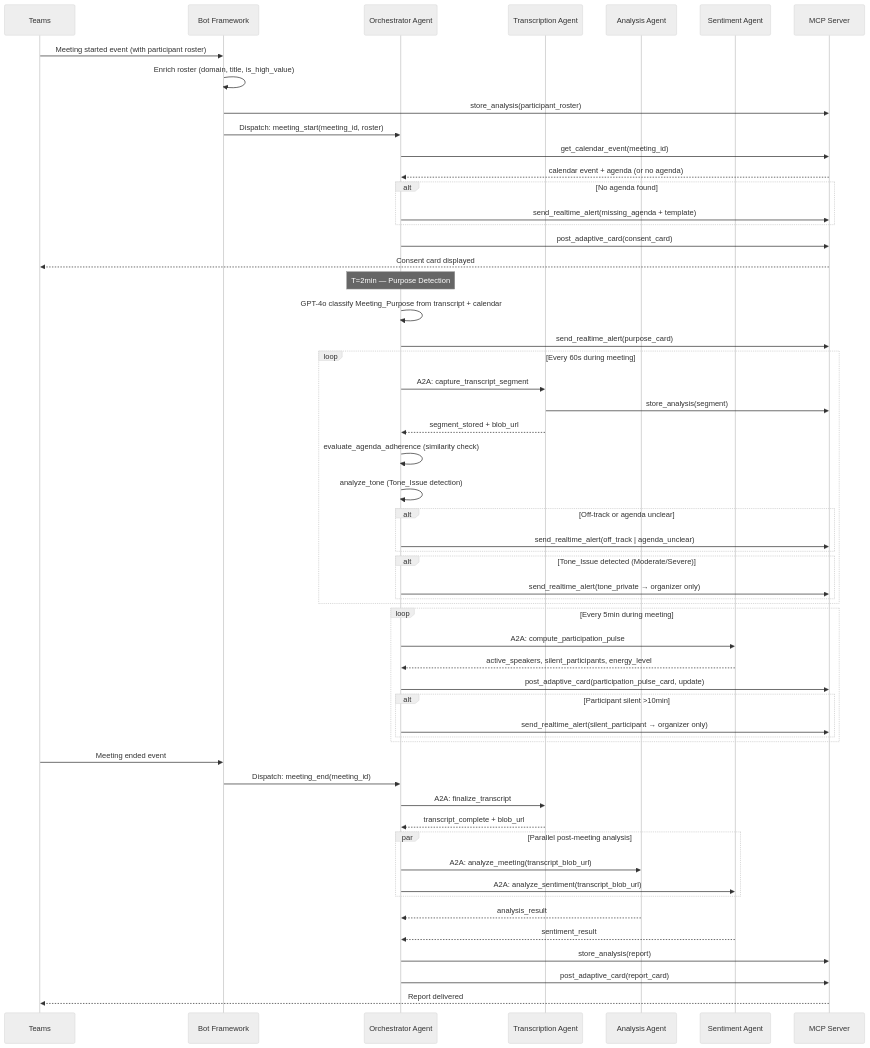
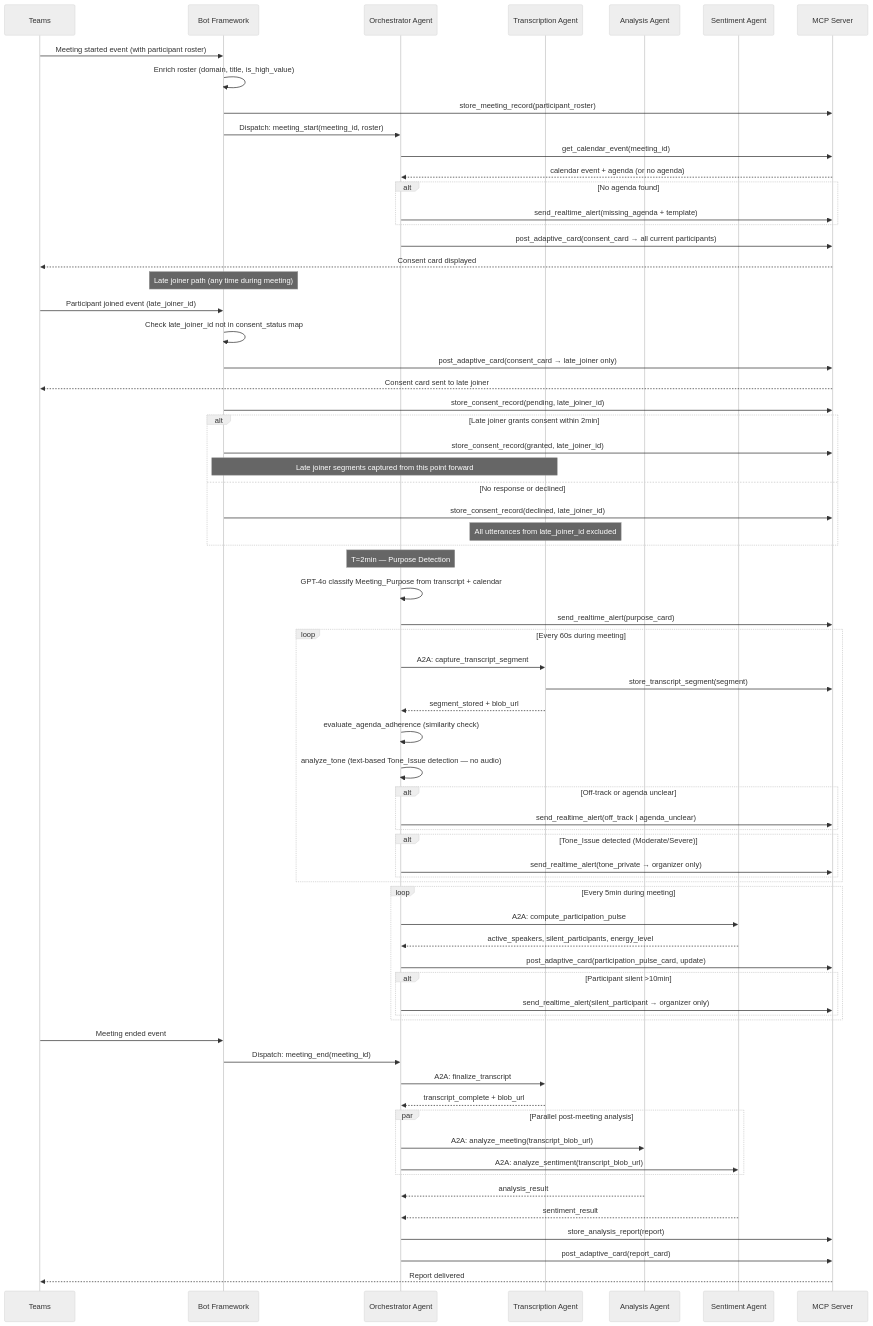
One commit to atieqrehman11/meeting-analyzer changed the second of 4 diagrams in .kiro/specs/meeting-analyzer-specs/design.md. Above: the diagram before and after it, drawn with Mermaid (neutral theme). The commit also changed other lines of this file and 65 other files, not shown here.

````diff
--- a/.kiro/specs/meeting-analyzer-specs/design.md
+++ b/.kiro/specs/meeting-analyzer-specs/design.md
@@ -81,63 +81,77 @@
 ```mermaid
 sequenceDiagram
     participant Teams
     participant Bot as Bot Framework
     participant Orch as Orchestrator Agent
     participant Trans as Transcription Agent
     participant Anal as Analysis Agent
     participant Sent as Sentiment Agent
     participant MCP as MCP Server
 
     Teams->>Bot: Meeting started event (with participant roster)
     Bot->>Bot: Enrich roster (domain, title, is_high_value)
-    Bot->>MCP: store_analysis(participant_roster)
+    Bot->>MCP: store_meeting_record(participant_roster)
     Bot->>Orch: Dispatch: meeting_start(meeting_id, roster)
     Orch->>MCP: get_calendar_event(meeting_id)
     MCP-->>Orch: calendar event + agenda (or no agenda)
     alt No agenda found
         Orch->>MCP: send_realtime_alert(missing_agenda + template)
     end
-    Orch->>MCP: post_adaptive_card(consent_card)
+    Orch->>MCP: post_adaptive_card(consent_card → all current participants)
     MCP-->>Teams: Consent card displayed
+
+    Note over Bot: Late joiner path (any time during meeting)
+    Teams->>Bot: Participant joined event (late_joiner_id)
+    Bot->>Bot: Check late_joiner_id not in consent_status map
+    Bot->>MCP: post_adaptive_card(consent_card → late_joiner only)
+    MCP-->>Teams: Consent card sent to late joiner
+    Bot->>MCP: store_consent_record(pending, late_joiner_id)
+    alt Late joiner grants consent within 2min
+        Bot->>MCP: store_consent_record(granted, late_joiner_id)
+        Note over Bot,Trans: Late joiner segments captured from this point forward
+    else No response or declined
+        Bot->>MCP: store_consent_record(declined, late_joiner_id)
+        Note over Trans: All utterances from late_joiner_id excluded
+    end
 
     Note over Orch: T=2min — Purpose Detection
     Orch->>Orch: GPT-4o classify Meeting_Purpose from transcript + calendar
     Orch->>MCP: send_realtime_alert(purpose_card)
 
     loop Every 60s during meeting
         Orch->>Trans: A2A: capture_transcript_segment
-        Trans->>MCP: store_analysis(segment)
+        Trans->>MCP: store_transcript_segment(segment)
         Trans-->>Orch: segment_stored + blob_url
         Orch->>Orch: evaluate_agenda_adherence (similarity check)
-        Orch->>Orch: analyze_tone (Tone_Issue detection)
+        Orch->>Orch: analyze_tone (text-based Tone_Issue detection — no audio)
         alt Off-track or agenda unclear
             Orch->>MCP: send_realtime_alert(off_track | agenda_unclear)
         end
         alt Tone_Issue detected (Moderate/Severe)
             Orch->>MCP: send_realtime_alert(tone_private → organizer only)
         end
     end
 
     loop Every 5min during meeting
         Orch->>Sent: A2A: compute_participation_pulse
         Sent-->>Orch: active_speakers, silent_participants, energy_level
         Orch->>MCP: post_adaptive_card(participation_pulse_card, update)
         alt Participant silent >10min
             Orch->>MCP: send_realtime_alert(silent_participant → organizer only)
         end
     end
 
     Teams->>Bot: Meeting ended event
     Bot->>Orch: Dispatch: meeting_end(meeting_id)
     Orch->>Trans: A2A: finalize_transcript
     Trans-->>Orch: transcript_complete + blob_url
     par Parallel post-meeting analysis
         Orch->>Anal: A2A: analyze_meeting(transcript_blob_url)
         Orch->>Sent: A2A: analyze_sentiment(transcript_blob_url)
     end
     Anal-->>Orch: analysis_result
     Sent-->>Orch: sentiment_result
-    Orch->>MCP: store_analysis(report)
+    Orch->>MCP: store_analysis_report(report)
     Orch->>MCP: post_adaptive_card(report_card)
     MCP-->>Teams: Report delivered
 ```
````
